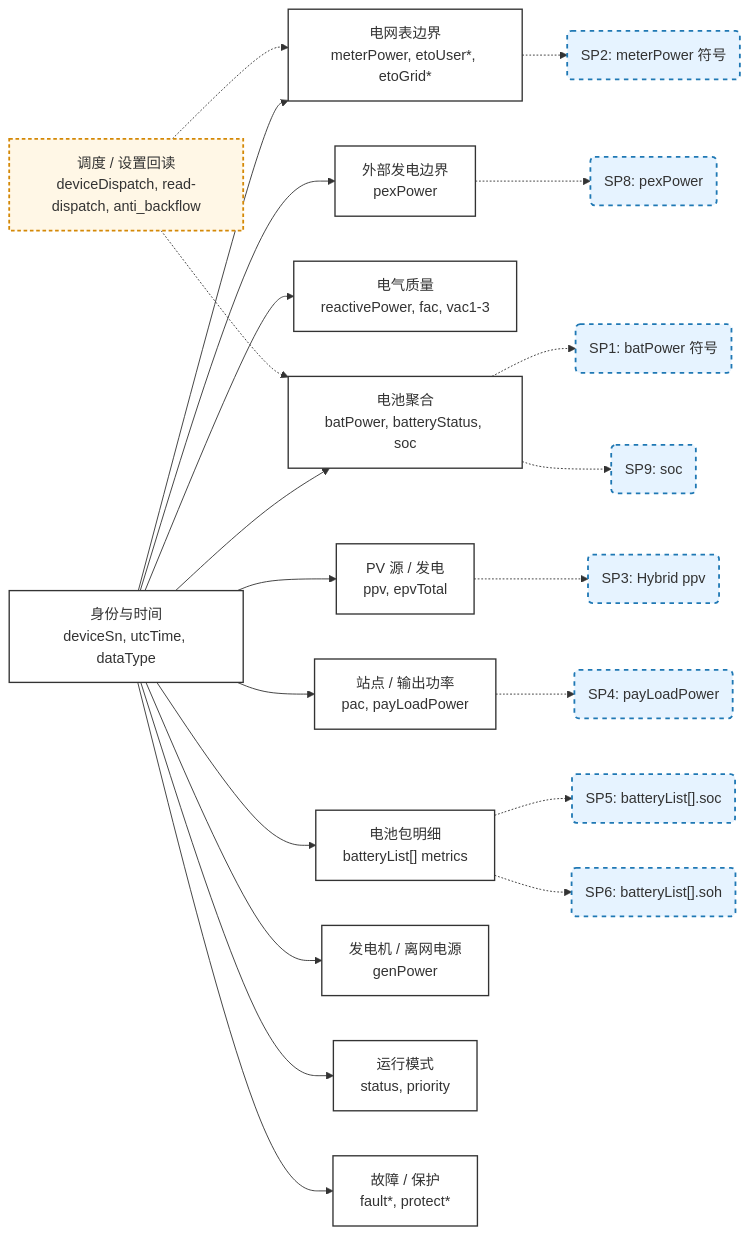
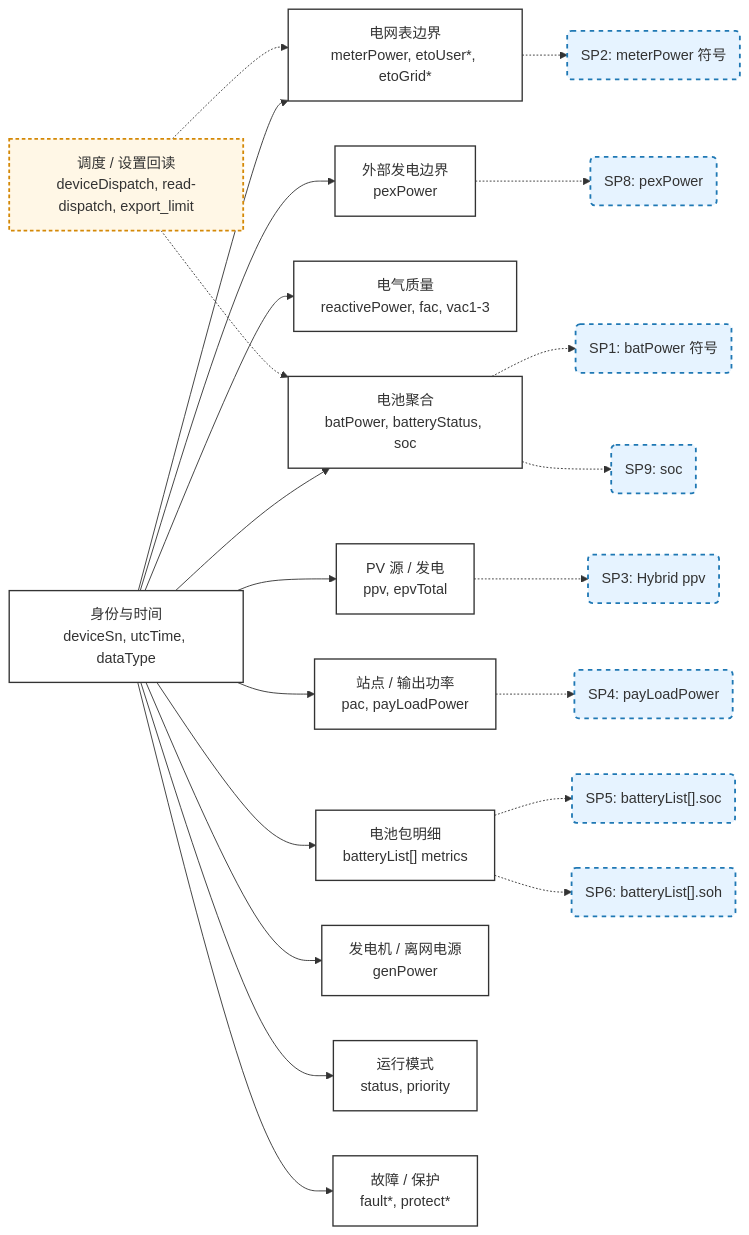
The sixth of 8 diagrams in Growatt API/OPENAPI.zh-CN/13_ess_semantic_model.md (EugeneJian/growatt-unified-api), drawn with Mermaid before and after one commit. The commit also changed other lines of this file and 21 other files, not shown here.

````diff
--- a/Growatt API/OPENAPI.zh-CN/13_ess_semantic_model.md
+++ b/Growatt API/OPENAPI.zh-CN/13_ess_semantic_model.md
@@ -328,55 +328,55 @@
 ```mermaid
 flowchart LR
 
     classDef block fill:#ffffff,stroke:#333,stroke-width:1.5px;
     classDef semantic fill:#e6f3ff,stroke:#1f78b4,stroke-width:2px,stroke-dasharray: 5 5;
     classDef dispatch fill:#fff7e6,stroke:#d48806,stroke-width:2px,stroke-dasharray: 4 3;
 
     Meta["身份与时间<br/>deviceSn, utcTime, dataType"]
     GridMeterBlock["电网表边界<br/>meterPower, etoUser*, etoGrid*"]
     ExternalGenerationBlock["外部发电边界<br/>pexPower"]
     Electrical["电气质量<br/>reactivePower, fac, vac1-3"]
     PVBlock["PV 源 / 发电<br/>ppv, epvTotal"]
     SiteBlock["站点 / 输出功率<br/>pac, payLoadPower"]
     BatteryAgg["电池聚合<br/>batPower, batteryStatus, soc"]
     BatteryPack["电池包明细<br/>batteryList[] metrics"]
     GeneratorBlock["发电机 / 离网电源<br/>genPower"]
     Runtime["运行模式<br/>status, priority"]
     Fault["故障 / 保护<br/>fault*, protect*"]
 
     SP1("SP1: batPower 符号")
     SP2("SP2: meterPower 符号")
     SP3("SP3: Hybrid ppv")
     SP4("SP4: payLoadPower")
     SP5("SP5: batteryList[].soc")
     SP6("SP6: batteryList[].soh")
     SP8("SP8: pexPower")
     SP9("SP9: soc")
-    Dispatch["调度 / 设置回读<br/>deviceDispatch, read-dispatch, anti_backflow"]
+    Dispatch["调度 / 设置回读<br/>deviceDispatch, read-dispatch, export_limit"]
 
     Meta --> GridMeterBlock
     Meta --> ExternalGenerationBlock
     Meta --> Electrical
     Meta --> PVBlock
     Meta --> SiteBlock
     Meta --> BatteryAgg
     Meta --> BatteryPack
     Meta --> GeneratorBlock
     Meta --> Runtime
     Meta --> Fault
 
     GridMeterBlock -.-> SP2
     ExternalGenerationBlock -.-> SP8
     PVBlock -.-> SP3
     SiteBlock -.-> SP4
     BatteryAgg -.-> SP1
     BatteryAgg -.-> SP9
     BatteryPack -.-> SP5
     BatteryPack -.-> SP6
     Dispatch -.-> BatteryAgg
     Dispatch -.-> GridMeterBlock
 
     class Meta,GridMeterBlock,ExternalGenerationBlock,Electrical,PVBlock,SiteBlock,BatteryAgg,BatteryPack,GeneratorBlock,Runtime,Fault block;
     class SP1,SP2,SP3,SP4,SP5,SP6,SP8,SP9 semantic;
     class Dispatch dispatch;
 ```
````
